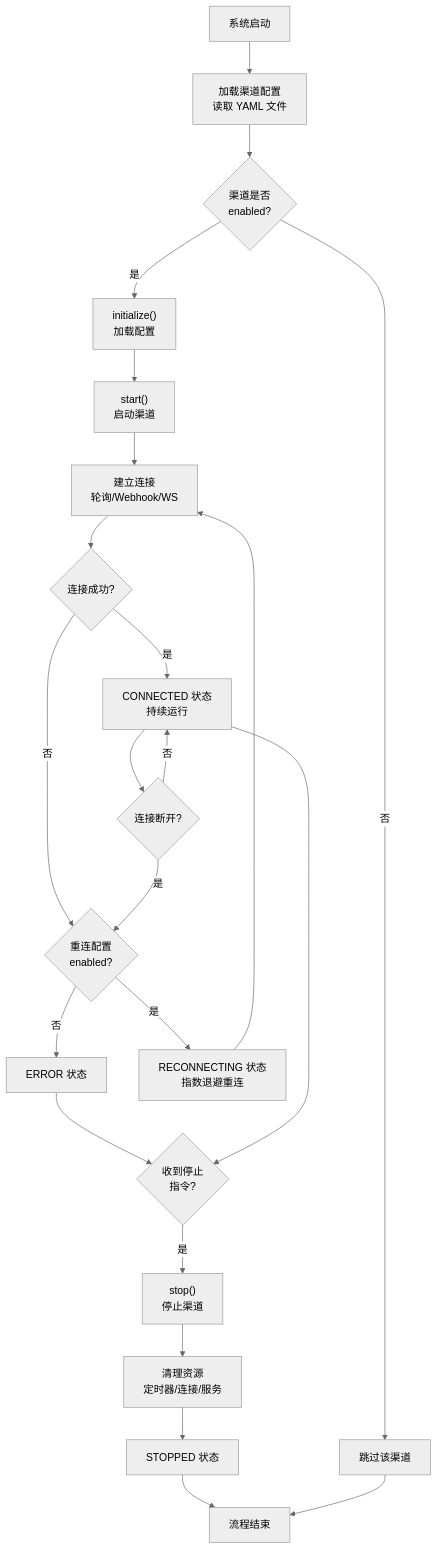
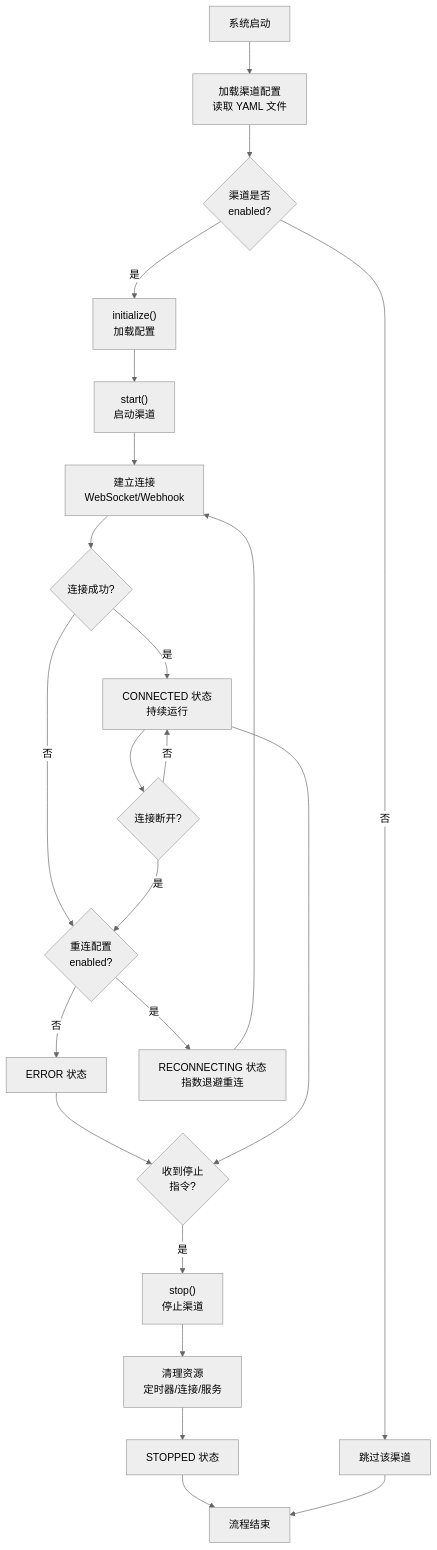
Before and after one commit to jdd-ndd/My-open-claw: the seventh of 10 diagrams in docs/04-Channels渠道模块.md, drawn with Mermaid (neutral theme). The commit also changed other lines of this file and 1913 other files, not shown here.

````diff
--- a/docs/04-Channels渠道模块.md
+++ b/docs/04-Channels渠道模块.md
@@ -2319,32 +1915,32 @@
 ```mermaid
 flowchart TB
     Start["系统启动"] --> Load["加载渠道配置<br/>读取 YAML 文件"]
     Load --> Check{"渠道是否<br/>enabled?"}
     Check -->|否| Skip["跳过该渠道"]
     Check -->|是| Init["initialize()<br/>加载配置"]
     
     Init --> StartCh["start()<br/>启动渠道"]
-    StartCh --> Connect["建立连接<br/>轮询/Webhook/WS"]
+    StartCh --> Connect["建立连接<br/>WebSocket/Webhook"]
     
     Connect --> Success{"连接成功?"}
     Success -->|是| Running["CONNECTED 状态<br/>持续运行"]
     Success -->|否| Retry{"重连配置<br/>enabled?"}
     
     Retry -->|否| ErrorState["ERROR 状态"]
     Retry -->|是| Reconnect["RECONNECTING 状态<br/>指数退避重连"]
     Reconnect --> Connect
     
     Running --> Disconnect{"连接断开?"}
     Disconnect -->|是| Retry
     Disconnect -->|否| Running
     
     ErrorState --> StopCmd{"收到停止<br/>指令?"}
     Running --> StopCmd
     
     StopCmd -->|是| StopProc["stop()<br/>停止渠道"]
     StopProc --> Cleanup["清理资源<br/>定时器/连接/服务"]
     Cleanup --> Stopped["STOPPED 状态"]
     Stopped --> End["流程结束"]
     
     Skip --> End
 ```
````
